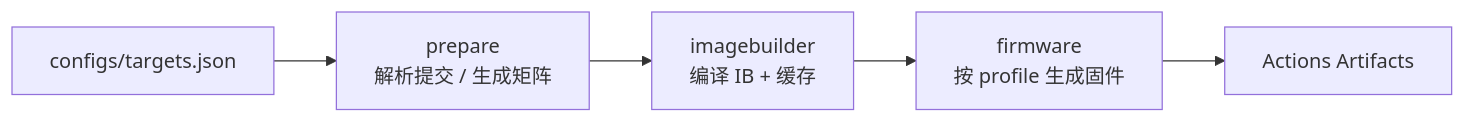
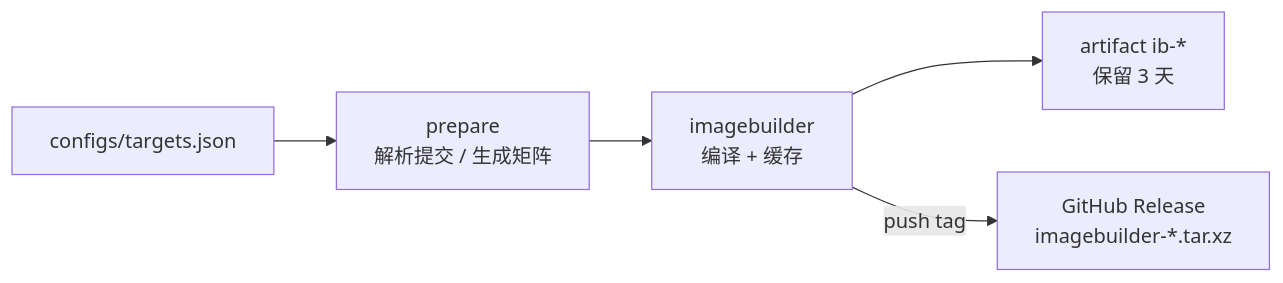
Before and after one commit to xujw-org/lede-build: the diagram in README.md, drawn with Mermaid. The commit also changed other lines of this file and 2 other files, not shown here.

````diff
--- a/README.md
+++ b/README.md
@@ -7,7 +7,7 @@
 ```mermaid
 flowchart LR
   A[configs/targets.json] --> B[prepare<br/>解析提交 / 生成矩阵]
-  B --> C[imagebuilder<br/>编译 IB + 缓存]
-  C --> D[firmware<br/>按 profile 生成固件]
-  D --> E[Actions Artifacts]
+  B --> C[imagebuilder<br/>编译 + 缓存]
+  C --> D[artifact ib-*<br/>保留 3 天]
+  C -->|push tag| E[GitHub Release<br/>imagebuilder-*.tar.xz]
 ```
````
